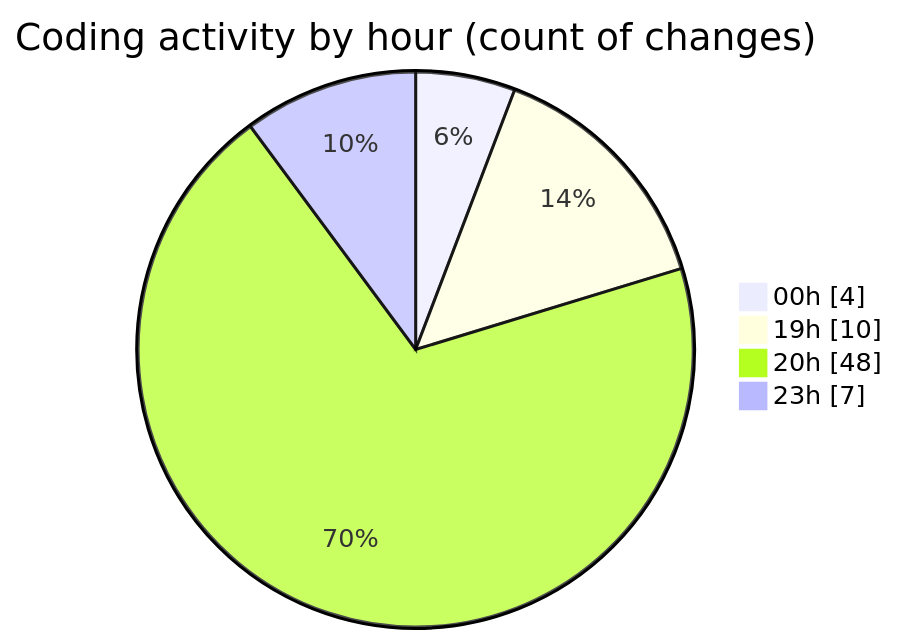
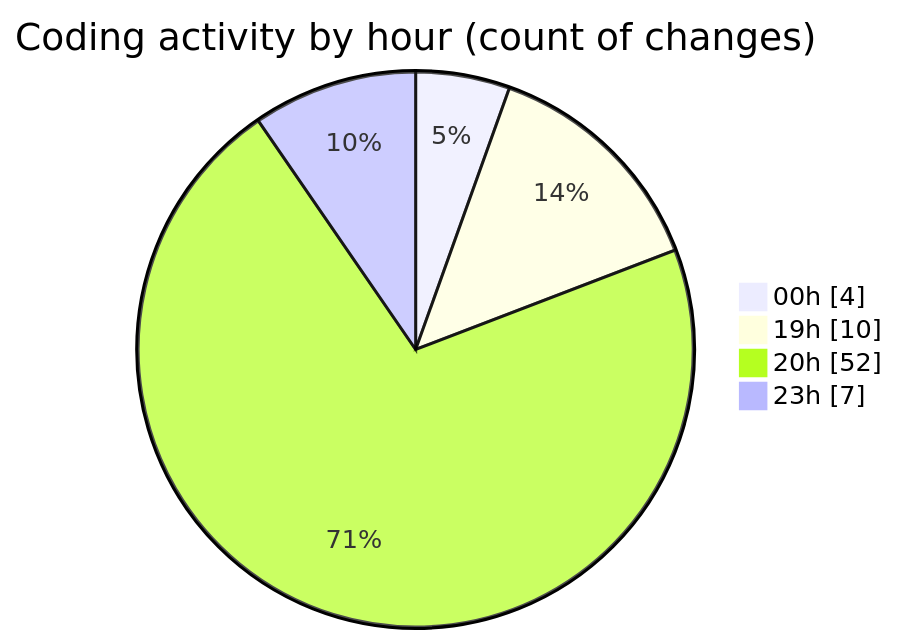
Before and after one commit to momahboobian/code-tracking: the second of 2 diagrams in 2025-02-27/cda/README.md, drawn with Mermaid. The commit also changed other lines of this file and 1 other file, not shown here.

````diff
--- a/2025-02-27/cda/README.md
+++ b/2025-02-27/cda/README.md
@@ -40,8 +40,8 @@
 ```mermaid
 pie showData
 title Coding activity by hour (count of changes)
 "00h" : 4
 "19h" : 10
-"20h" : 48
+"20h" : 52
 "23h" : 7
 ```
````
